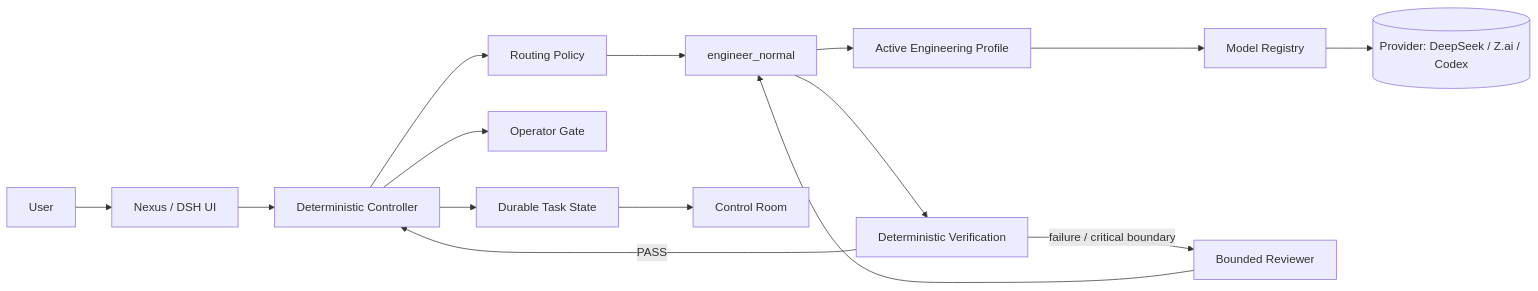
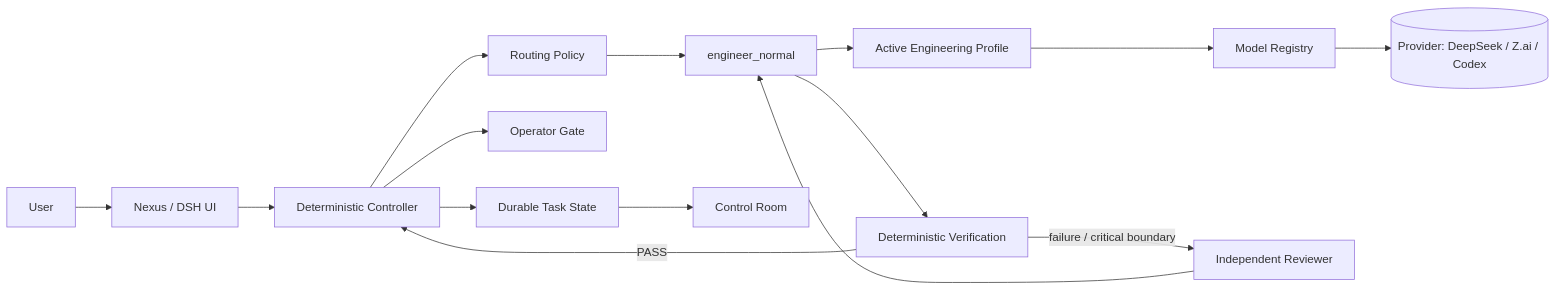
One commit to Kaloyan3D/Nexus changed the diagram in README.md. Above: the diagram before and after it, drawn with Mermaid. The commit also changed other lines of this file and 61 other files, not shown here.

````diff
--- a/README.md
+++ b/README.md
@@ -13,17 +13,17 @@
 ```mermaid
 flowchart LR
     U[User] --> UI[Nexus / DSH UI]
     UI --> C[Deterministic Controller]
     C --> R[Routing Policy]
     R --> E[engineer_normal]
     E --> P[Active Engineering Profile]
     P --> M[Model Registry]
     M --> MD[(Provider: DeepSeek / Z.ai / Codex)]
     E --> V[Deterministic Verification]
     V -->|PASS| C
-    V -->|failure / critical boundary| RV[Bounded Reviewer]
+    V -->|failure / critical boundary| RV[Independent Reviewer]
     RV --> E
     C --> G[Operator Gate]
     C --> S[Durable Task State]
     S --> CR[Control Room]
 ```
````
